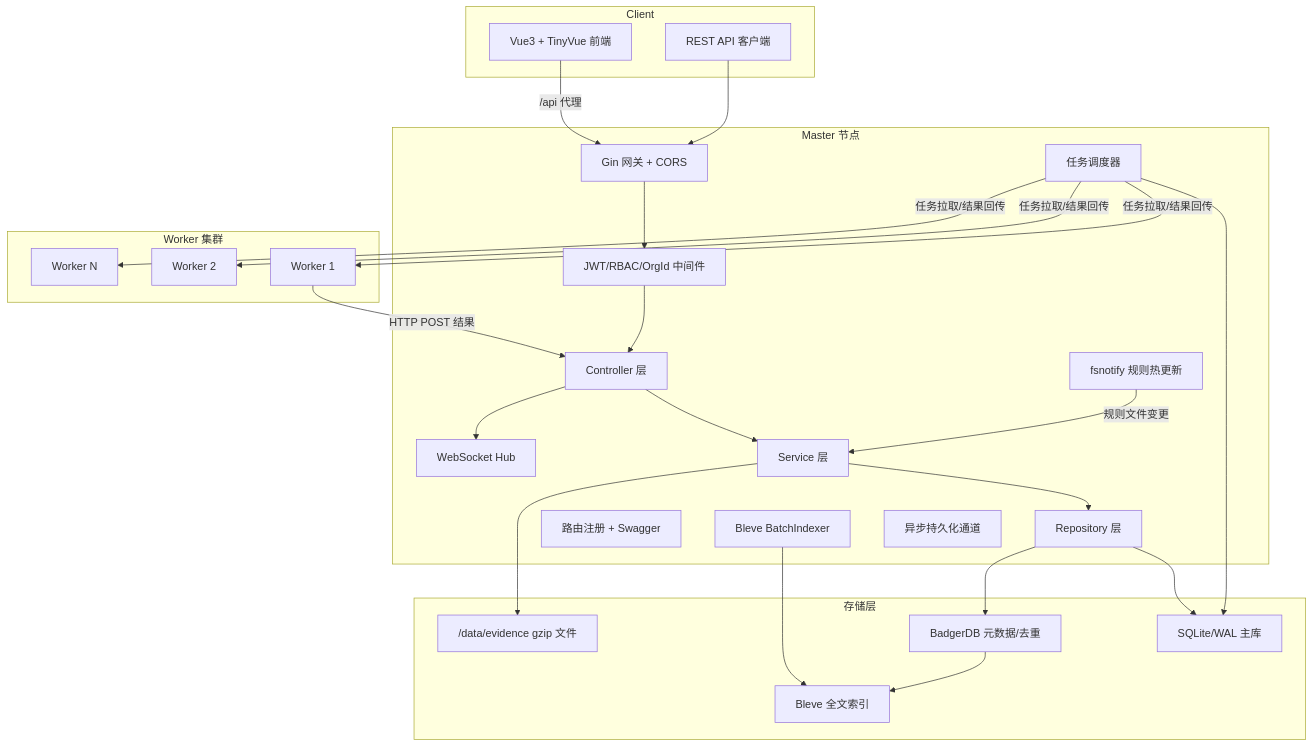
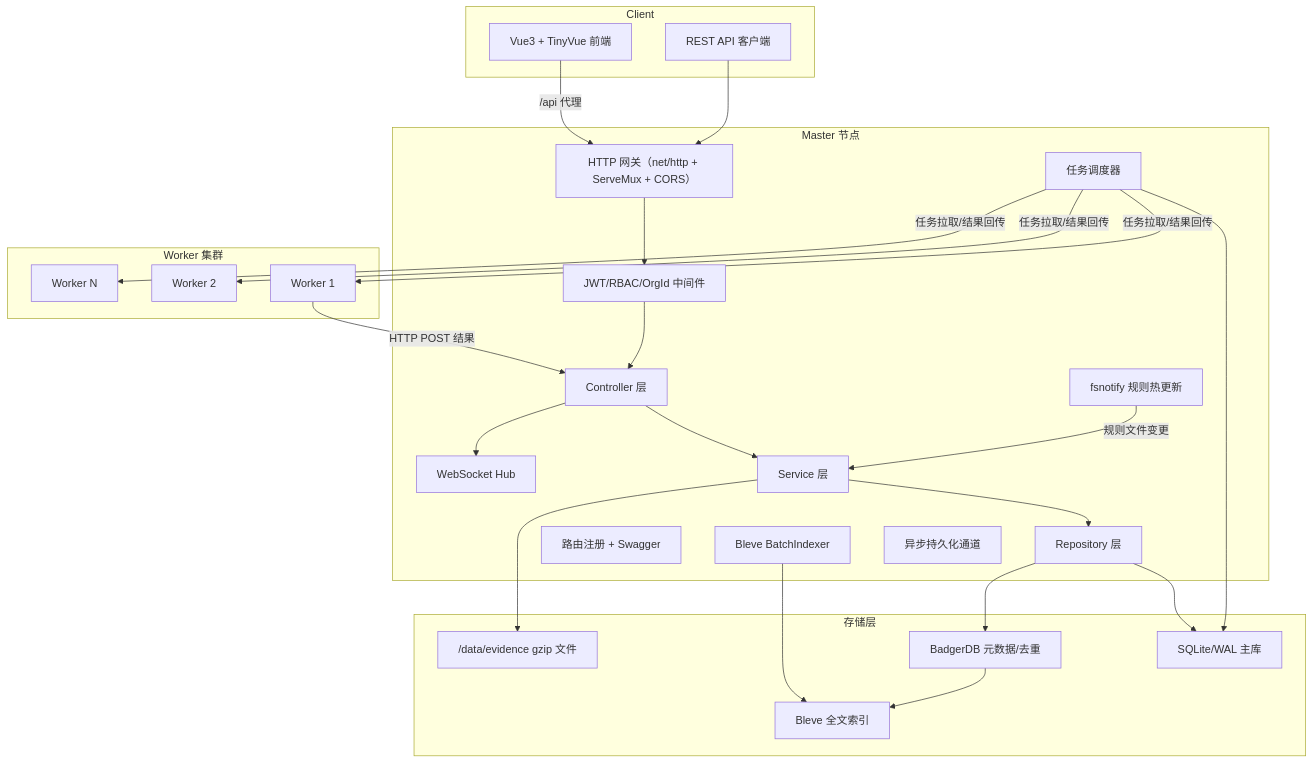
Before and after one commit to Fanc1er/Kate: the first of 4 diagrams in .monkeycode/specs/cinsight-platform/design.md, drawn with Mermaid. The commit also changed other lines of this file and 1 other file, not shown here.

Commit message:
docs(spec): 技术栈对齐 AGENTS.md 红线（Gin/GORM→net/http+database/sql，API Token 补 status 字段） Co-authored-by: monkeycode-ai <monkeycode-ai@chaitin.com>

````diff
--- a/.monkeycode/specs/cinsight-platform/design.md
+++ b/.monkeycode/specs/cinsight-platform/design.md
@@ -20,50 +20,50 @@
 ```mermaid
 graph TD
     subgraph Client
         UI["Vue3 + TinyVue 前端"]
         REST["REST API 客户端"]
     end
 
     subgraph Master["Master 节点"]
-        GATE["Gin 网关 + CORS"]
+        GATE["HTTP 网关（net/http + ServeMux + CORS）"]
         MID["JWT/RBAC/OrgId 中间件"]
         CTRL["Controller 层"]
         SVC["Service 层"]
         REPO["Repository 层"]
         ROUTE["路由注册 + Swagger"]
         WS["WebSocket Hub"]
         SCHED["任务调度器"]
         BATCH["Bleve BatchIndexer"]
         PERSIST["异步持久化通道"]
         RULEWATCH["fsnotify 规则热更新"]
     end
 
     subgraph Store["存储层"]
         SQLITE["SQLite/WAL 主库"]
         BADGER["BadgerDB 元数据/去重"]
         BLEVE["Bleve 全文索引"]
         EVIDIR["/data/evidence gzip 文件"]
     end
 
     subgraph WorkerPool["Worker 集群"]
         W1["Worker 1"]
         W2["Worker 2"]
         WN["Worker N"]
     end
 
     UI -->|"/api 代理"| GATE
     REST --> GATE
     GATE --> MID --> CTRL --> SVC --> REPO
     REPO --> SQLITE
     REPO --> BADGER
     BADGER --> BLEVE
     SVC --> EVIDIR
     CTRL --> WS
     SCHED --> SQLITE
     SCHED -->|"任务拉取/结果回传"| W1
     SCHED -->|"任务拉取/结果回传"| W2
     SCHED -->|"任务拉取/结果回传"| WN
     W1 -->|"HTTP POST 结果"| CTRL
     BATCH --> BLEVE
     RULEWATCH -->|"规则文件变更"| SVC
 ```
````
